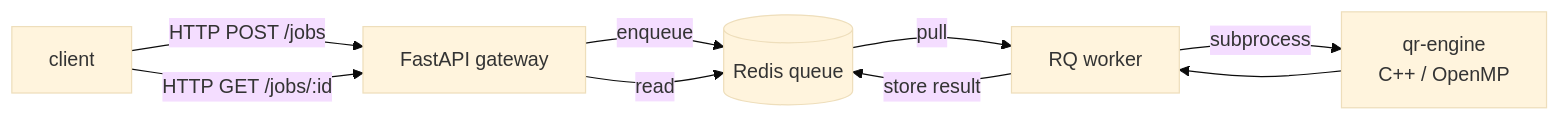
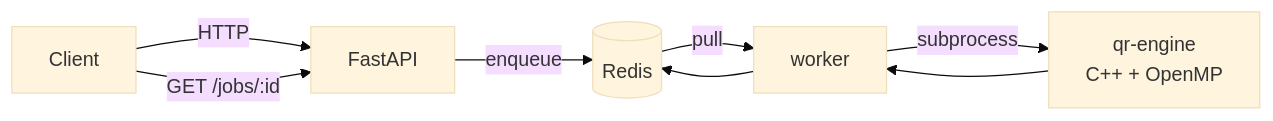
One commit to himeuru/qropenmp-distributed changed the diagram in README.md. Above: the diagram before and after it, drawn with Mermaid (base theme). The commit also changed other lines of this file, not shown here.

````diff
--- a/README.md
+++ b/README.md
@@ -14,11 +12,10 @@
 ```mermaid
 flowchart LR
-    Client[client] -- HTTP POST /jobs --> API[FastAPI gateway]
-    API -- enqueue --> Q[(Redis queue)]
-    Q -- pull --> W[RQ worker]
-    W -- subprocess --> E[qr-engine<br/>C++ / OpenMP]
+    Client -- HTTP --> API[FastAPI]
+    API -- enqueue --> R[(Redis)]
+    R -- pull --> W[worker]
+    W -- subprocess --> E[qr-engine<br/>C++ + OpenMP]
     E --> W
-    W -- store result --> Q
-    Client -- HTTP GET /jobs/:id --> API
-    API -- read --> Q
+    W --> R
+    Client -- GET /jobs/:id --> API
 ```
````
